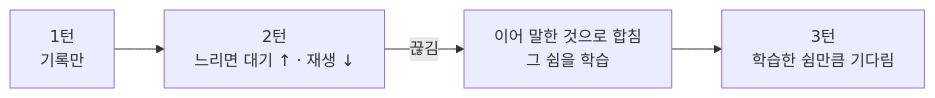
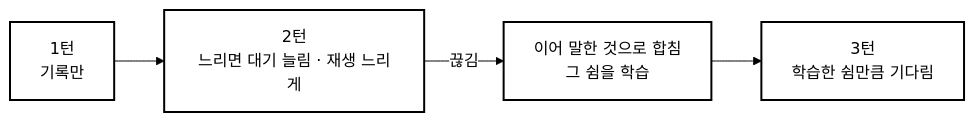
Before and after one commit to hanchaehun/DIRECTION_ON: the second of 2 diagrams in README.md, drawn with Mermaid. The commit also changed other lines of this file and 2 other files, not shown here.

````diff
--- a/README.md
+++ b/README.md
@@ -156,6 +156,9 @@
 ```mermaid
+%%{init: {"theme": "base", "themeVariables": {"fontSize": "16px", "primaryColor": "#ffffff", "primaryTextColor": "#000000", "primaryBorderColor": "#000000", "lineColor": "#000000", "edgeLabelBackground": "#ffffff", "tertiaryColor": "#ffffff"}}}%%
 flowchart LR
-  T1[1턴<br/>기록만] --> T2[2턴<br/>느리면 대기 ↑ · 재생 ↓]
+  T1[1턴<br/>기록만] --> T2[2턴<br/>느리면 대기 늘림 · 재생 느리게]
   T2 -- 끊김 --> X[이어 말한 것으로 합침<br/>그 쉼을 학습]
   X --> T3[3턴<br/>학습한 쉼만큼 기다림]
+
+  classDef default fill:#ffffff,stroke:#000000,stroke-width:2px,color:#000000;
 ```
````
